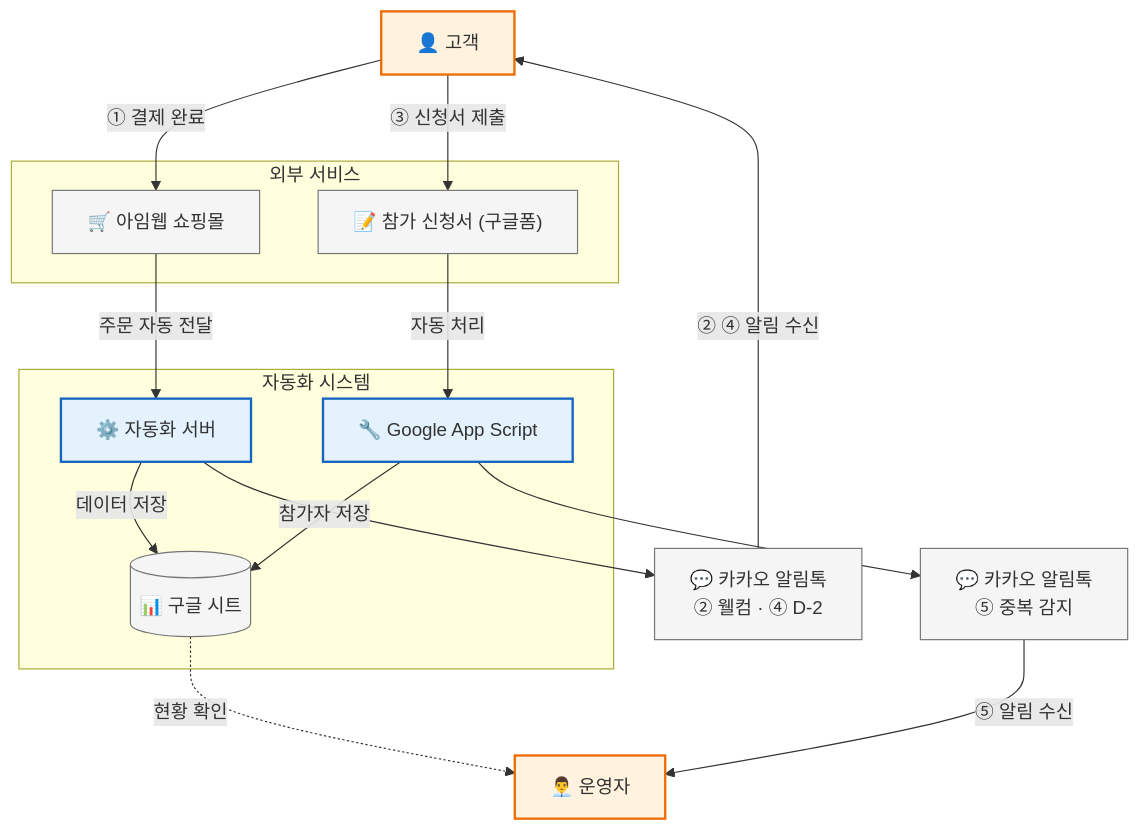
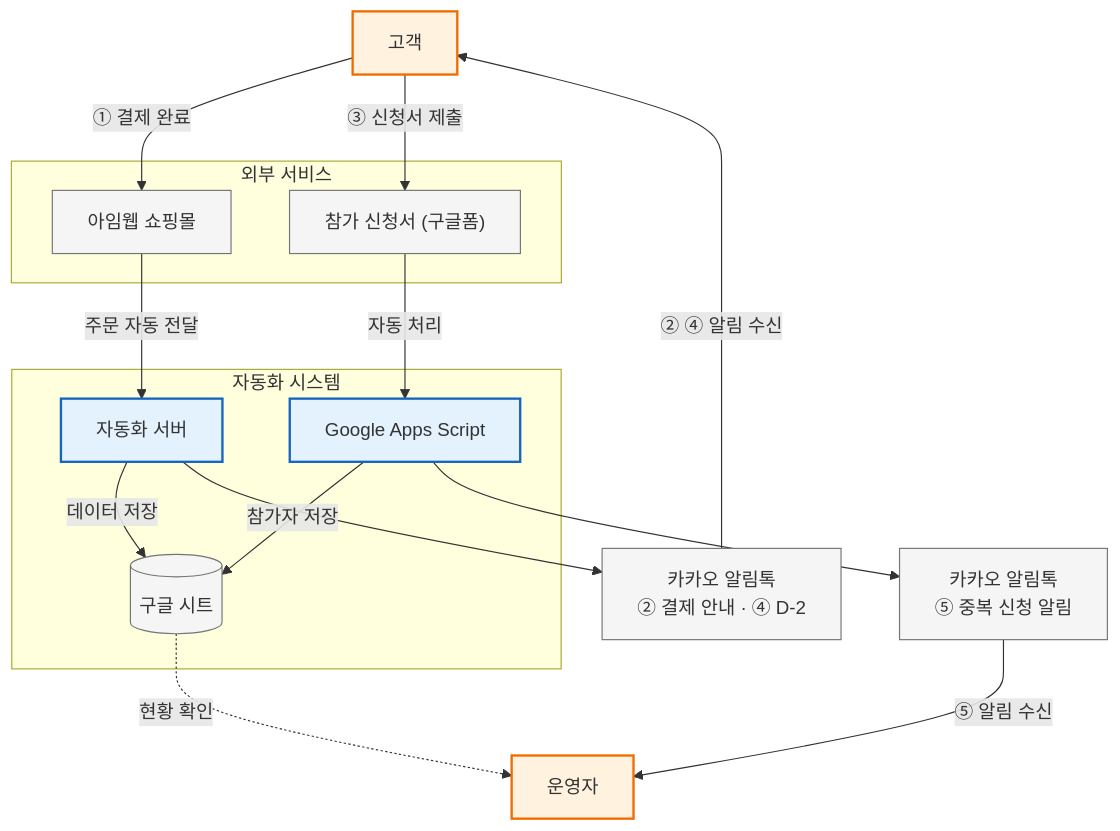
Before and after one commit to 2BeeDevStudio/portfolio: the first of 2 diagrams in imweb-automation/README.md, drawn with Mermaid. The commit also changed other lines of this file and 1 other file, not shown here.

````diff
--- a/imweb-automation/README.md
+++ b/imweb-automation/README.md
@@ -21,36 +25,36 @@
 ```mermaid
 graph TD
     classDef actor fill:#fff3e0,stroke:#ef6c00,stroke-width:2px
     classDef system fill:#f5f5f5,stroke:#757575,stroke-width:1px
     classDef highlight fill:#e3f2fd,stroke:#1565c0,stroke-width:2px
 
-    Customer["👤 고객"]:::actor
-    Admin["👨‍💼 운영자"]:::actor
+    Customer["고객"]:::actor
+    Admin["운영자"]:::actor
 
     subgraph External["외부 서비스"]
-        Imweb["🛒 아임웹 쇼핑몰"]:::system
-        GForm["📝 참가 신청서 (구글폼)"]:::system
+        Imweb["아임웹 쇼핑몰"]:::system
+        GForm["참가 신청서 (구글폼)"]:::system
     end
 
     subgraph Core["자동화 시스템"]
-        Server["⚙️ 자동화 서버"]:::highlight
-        GAS["🔧 Google App Script"]:::highlight
-        GSheets[("📊 구글 시트")]:::system
+        Server["자동화 서버"]:::highlight
+        GAS["Google Apps Script"]:::highlight
+        GSheets[("구글 시트")]:::system
     end
 
-    Aligo1["💬 카카오 알림톡\n② 웰컴 · ④ D-2"]:::system
-    Aligo2["💬 카카오 알림톡\n⑤ 중복 감지"]:::system
+    Aligo1["카카오 알림톡<br>② 결제 안내 · ④ D-2"]:::system
+    Aligo2["카카오 알림톡<br>⑤ 중복 신청 알림"]:::system
 
     Customer -->|"① 결제 완료"| Imweb
     Imweb -->|"주문 자동 전달"| Server
     Server -->|"데이터 저장"| GSheets
     Server --> Aligo1
     Aligo1 -->|"② ④ 알림 수신"| Customer
 
     Customer -->|"③ 신청서 제출"| GForm
     GForm -->|"자동 처리"| GAS
     GAS -->|"참가자 저장"| GSheets
     GAS --> Aligo2
     Aligo2 -->|"⑤ 알림 수신"| Admin
     GSheets -.->|"현황 확인"| Admin
 ```
````
